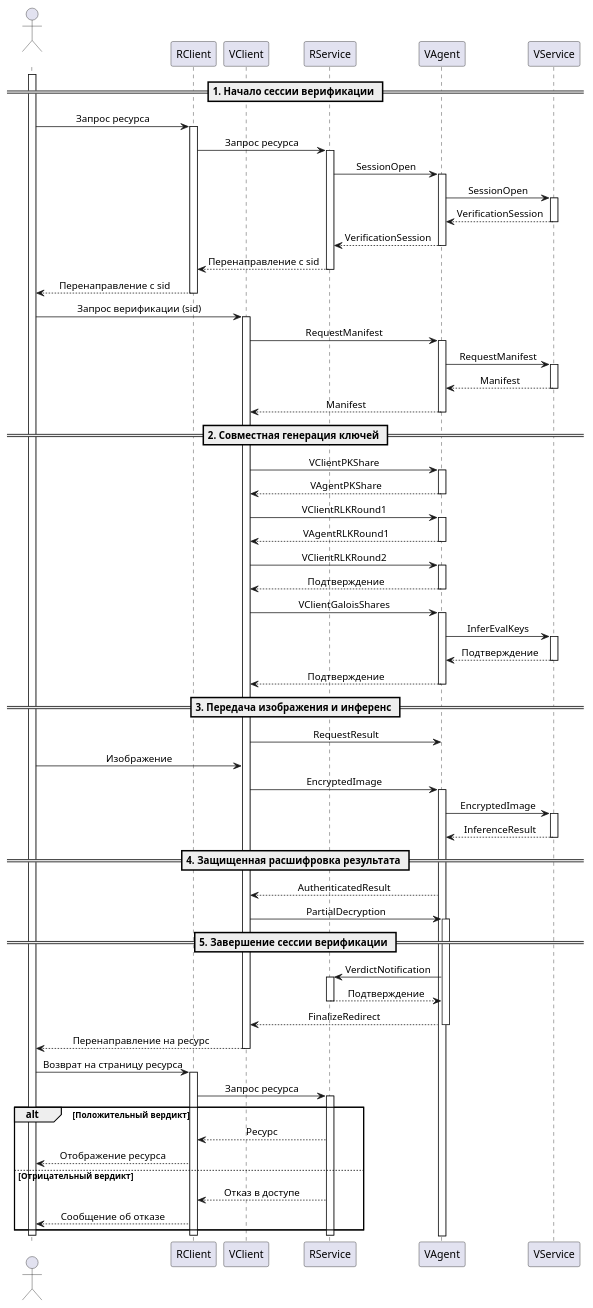
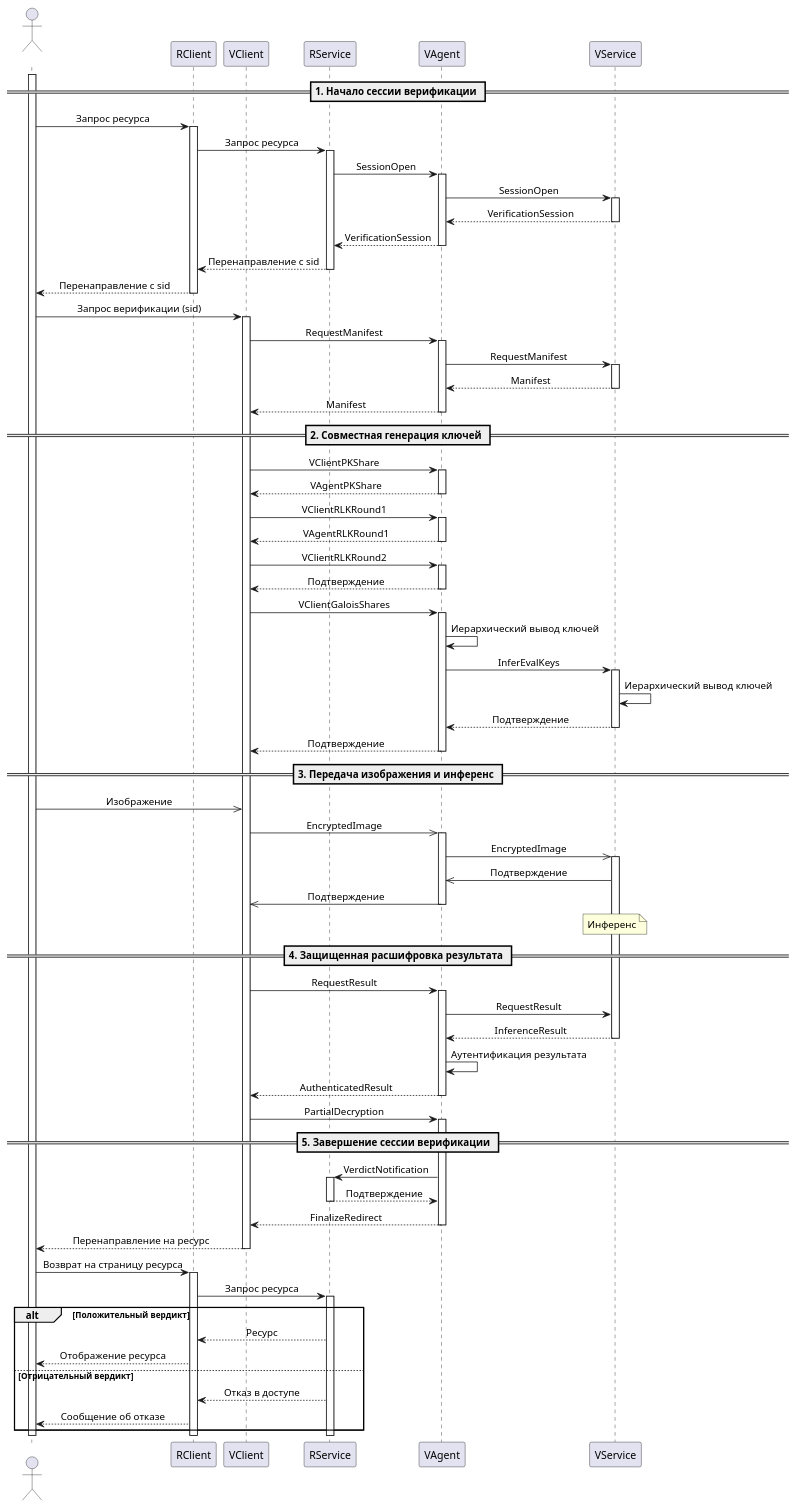
Before and after one commit to butvinm/ppiav: the diagram in docs/protocol-simple.puml, drawn with PlantUML. The commit also changed 9 other files, not shown here.

```diff
--- a/docs/protocol-simple.puml
+++ b/docs/protocol-simple.puml
@@ -1,71 +1,84 @@
 @startuml protocol-simple
 skinparam responseMessageBelowArrow true
 skinparam sequenceMessageAlign center
 skinparam maxMessageSize 200
 
 actor " " as User
 participant "RClient" as ResourceClient
 participant "VClient" as VerificationClient
 participant "RService" as ResourceService
 participant "VAgent" as VerificationAgent
 participant "VService" as VerificationService
 
 activate User
 
 == 1. Начало сессии верификации ==
 User -> ResourceClient ++ : Запрос ресурса
 ResourceClient -> ResourceService ++ : Запрос ресурса
 ResourceService -> VerificationAgent ++ : SessionOpen
 VerificationAgent -> VerificationService ++ : SessionOpen
 VerificationService --> VerificationAgent -- : VerificationSession
 VerificationAgent --> ResourceService -- : VerificationSession
 ResourceService --> ResourceClient -- : Перенаправление с sid
 ResourceClient --> User -- : Перенаправление с sid
 User -> VerificationClient ++ : Запрос верификации (sid)
 VerificationClient -> VerificationAgent ++ : RequestManifest
 VerificationAgent -> VerificationService ++ : RequestManifest
 VerificationService --> VerificationAgent -- : Manifest
 VerificationAgent --> VerificationClient -- : Manifest
 
 == 2. Совместная генерация ключей ==
 VerificationClient -> VerificationAgent ++ : VClientPKShare
 VerificationAgent --> VerificationClient -- : VAgentPKShare
 VerificationClient -> VerificationAgent ++ : VClientRLKRound1
 VerificationAgent --> VerificationClient -- : VAgentRLKRound1
 VerificationClient -> VerificationAgent ++ : VClientRLKRound2
 VerificationAgent --> VerificationClient -- : Подтверждение
 VerificationClient -> VerificationAgent ++ : VClientGaloisShares
+VerificationAgent -> VerificationAgent : Иерархический вывод ключей
 VerificationAgent -> VerificationService ++ : InferEvalKeys
+VerificationService -> VerificationService : Иерархический вывод ключей
 VerificationService --> VerificationAgent -- : Подтверждение
 VerificationAgent --> VerificationClient -- : Подтверждение
 
 == 3. Передача изображения и инференс ==
-VerificationClient -> VerificationAgent : RequestResult
-User -> VerificationClient : Изображение
-VerificationClient -> VerificationAgent ++ : EncryptedImage
-VerificationAgent -> VerificationService ++ : EncryptedImage
-VerificationService --> VerificationAgent -- : InferenceResult
+User ->> VerificationClient : Изображение
+VerificationClient ->> VerificationAgent : EncryptedImage
+activate VerificationAgent
+VerificationAgent ->> VerificationService : EncryptedImage
+activate VerificationService
+VerificationService ->> VerificationAgent : Подтверждение
+VerificationAgent ->> VerificationClient : Подтверждение
+deactivate VerificationAgent
+note over VerificationService : Инференс
 
 == 4. Защищенная расшифровка результата ==
+VerificationClient -> VerificationAgent : RequestResult
+activate VerificationAgent
+VerificationAgent -> VerificationService : RequestResult
+VerificationService --> VerificationAgent : InferenceResult
+deactivate VerificationService
+VerificationAgent -> VerificationAgent : Аутентификация результата
 VerificationAgent --> VerificationClient : AuthenticatedResult
+deactivate VerificationAgent
 VerificationClient -> VerificationAgent ++ : PartialDecryption
 
 == 5. Завершение сессии верификации ==
 VerificationAgent -> ResourceService ++ : VerdictNotification
 ResourceService --> VerificationAgent -- : Подтверждение
 VerificationAgent --> VerificationClient -- : FinalizeRedirect
 VerificationClient --> User -- : Перенаправление на ресурс
 User -> ResourceClient ++ : Возврат на страницу ресурса
 ResourceClient -> ResourceService ++ : Запрос ресурса
 alt Положительный вердикт
     ResourceService --> ResourceClient : Ресурс
     ResourceClient --> User : Отображение ресурса
 else Отрицательный вердикт
     ResourceService --> ResourceClient : Отказ в доступе
     ResourceClient --> User : Сообщение об отказе
 end
 deactivate ResourceService
 deactivate ResourceClient
 deactivate User
 
 @enduml
```
